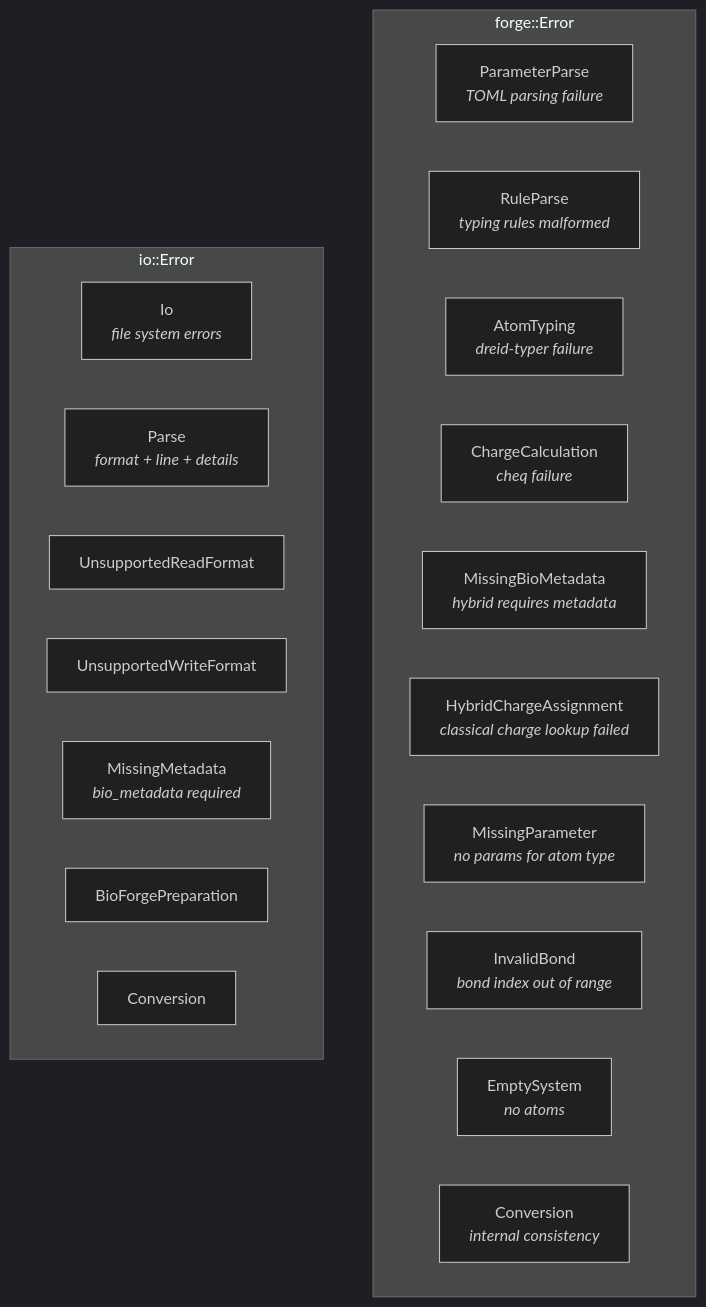
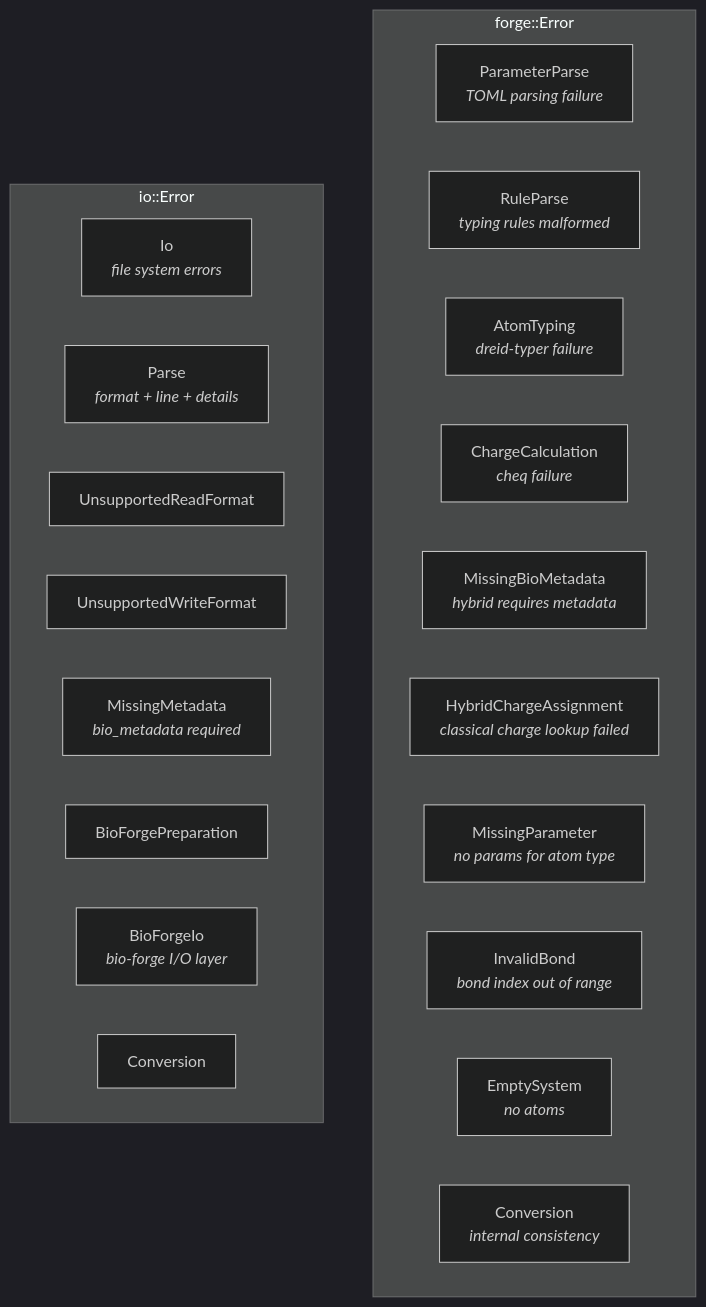
Diagram 17 of 18 in ARCHITECTURE.md (caltechmsc/dreid-forge), drawn with Mermaid (dark theme) before and after one commit. The commit also changed other lines of this file, not shown here.

Commit message:
docs(architecture): Updates architecture docs to integrate dreid-kernel and rename terms

````diff
--- a/ARCHITECTURE.md
+++ b/ARCHITECTURE.md
@@ -935,25 +975,26 @@
 ```mermaid
 flowchart TD
     subgraph "forge::Error"
         FE_PP["ParameterParse<br><i>TOML parsing failure</i>"]
         FE_RP["RuleParse<br><i>typing rules malformed</i>"]
         FE_AT["AtomTyping<br><i>dreid-typer failure</i>"]
         FE_CC["ChargeCalculation<br><i>cheq failure</i>"]
         FE_MB["MissingBioMetadata<br><i>hybrid requires metadata</i>"]
         FE_HC["HybridChargeAssignment<br><i>classical charge lookup failed</i>"]
         FE_MP["MissingParameter<br><i>no params for atom type</i>"]
         FE_IB["InvalidBond<br><i>bond index out of range</i>"]
         FE_ES["EmptySystem<br><i>no atoms</i>"]
         FE_CV["Conversion<br><i>internal consistency</i>"]
     end
 
     subgraph "io::Error"
         IE_IO["Io<br><i>file system errors</i>"]
         IE_PA["Parse<br><i>format + line + details</i>"]
         IE_UR["UnsupportedReadFormat"]
         IE_UW["UnsupportedWriteFormat"]
         IE_MM["MissingMetadata<br><i>bio_metadata required</i>"]
         IE_BF["BioForgePreparation"]
+        IE_BI["BioForgeIo<br><i>bio-forge I/O layer</i>"]
         IE_CV["Conversion"]
     end
 ```
````
